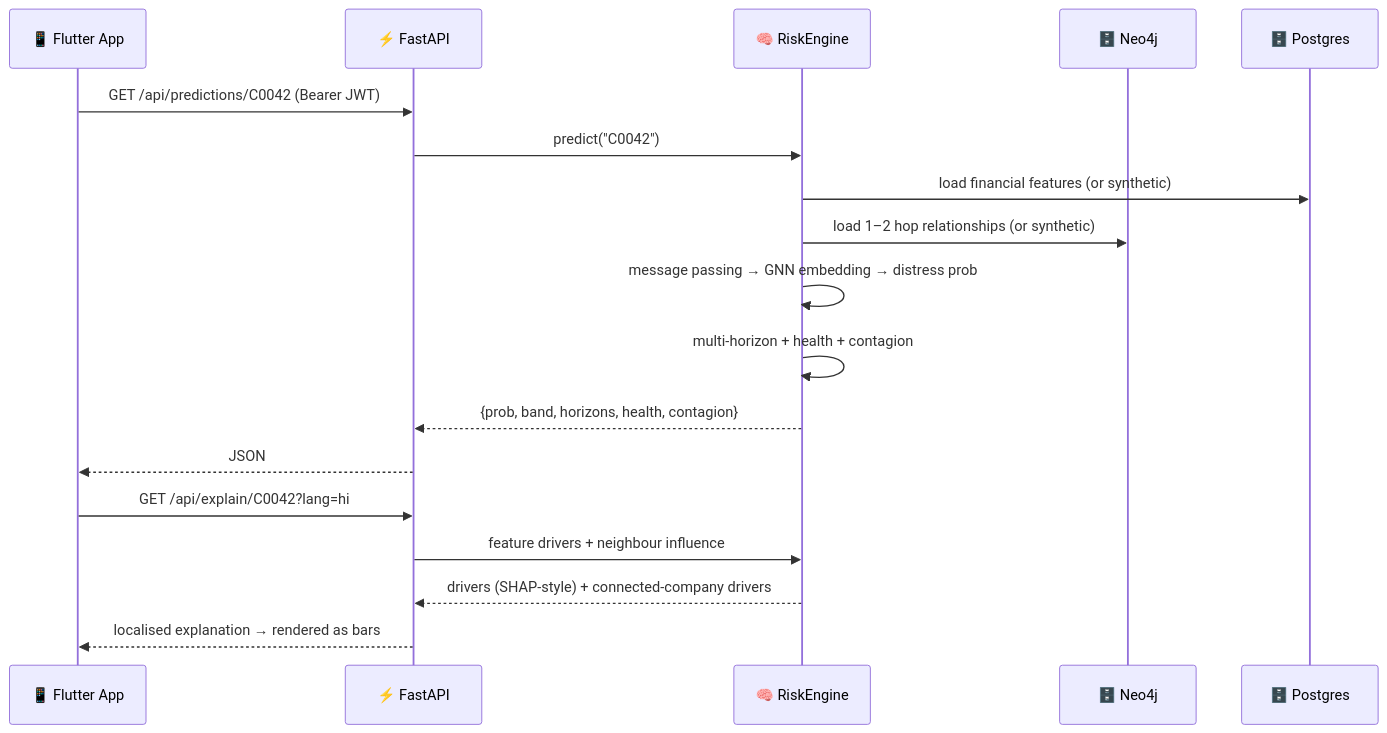
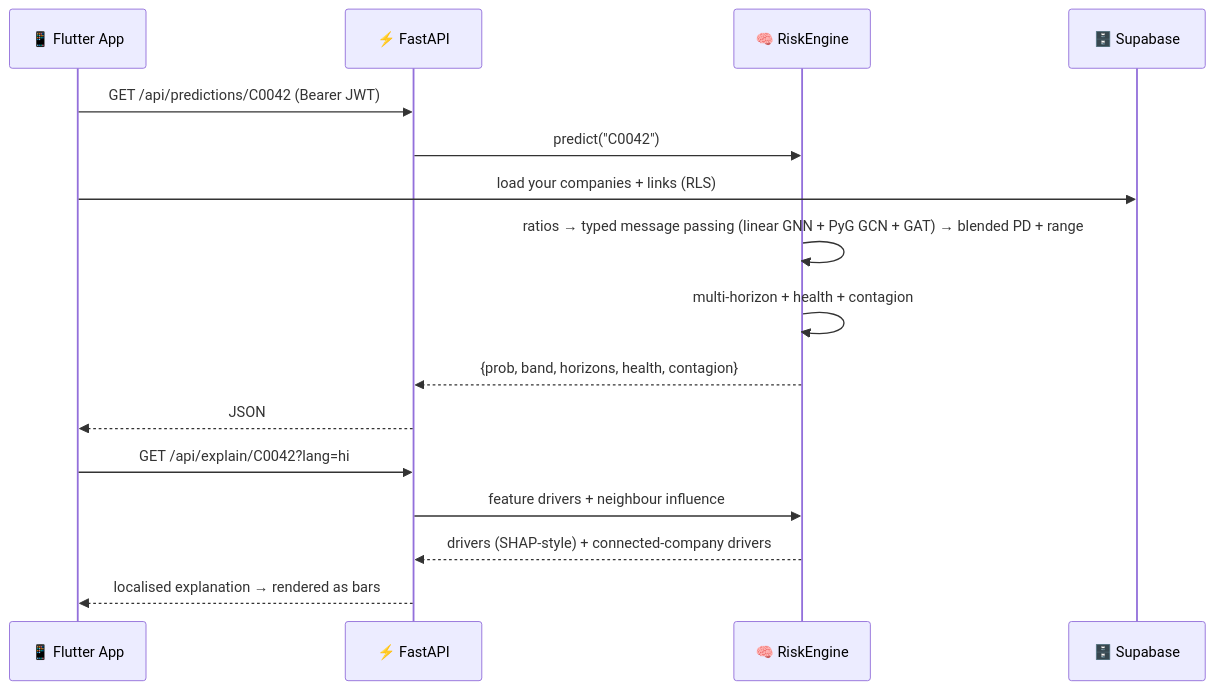
Before and after one commit to VardaM0512/Kavach-Graph-Neural-Network-Risk-Intelligence: the second of 2 diagrams in README.md, drawn with Mermaid. The commit also changed other lines of this file and 145 other files, not shown here.

First line of the commit message:
PyG GNN ensemble in production, My Companies workspace, real-data ingestion

````diff
--- a/README.md
+++ b/README.md
@@ -255,21 +257,19 @@
 ```mermaid
 sequenceDiagram
     participant App as 📱 Flutter App
     participant API as ⚡ FastAPI
     participant Eng as 🧠 RiskEngine
-    participant Neo as 🗄️ Neo4j
-    participant PG as 🗄️ Postgres
+    participant SB as 🗄️ Supabase
 
     App->>API: GET /api/predictions/C0042  (Bearer JWT)
     API->>Eng: predict("C0042")
-    Eng->>PG: load financial features (or synthetic)
-    Eng->>Neo: load 1–2 hop relationships (or synthetic)
-    Eng->>Eng: message passing → GNN embedding → distress prob
+    App->>SB: load your companies + links (RLS)
+    Eng->>Eng: ratios → typed message passing (linear GNN + PyG GCN + GAT) → blended PD + range
     Eng->>Eng: multi-horizon + health + contagion
     Eng-->>API: {prob, band, horizons, health, contagion}
     API-->>App: JSON
     App->>API: GET /api/explain/C0042?lang=hi
     API->>Eng: feature drivers + neighbour influence
     Eng-->>API: drivers (SHAP-style) + connected-company drivers
     API-->>App: localised explanation → rendered as bars
 ```
````
